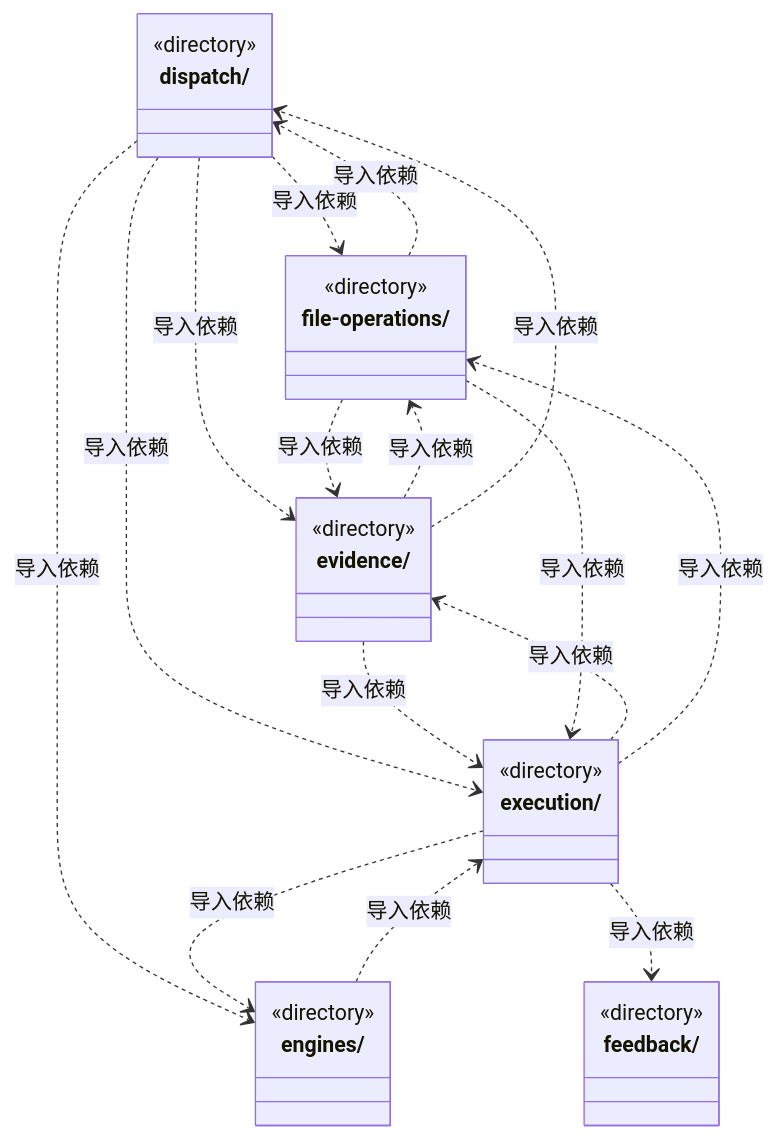
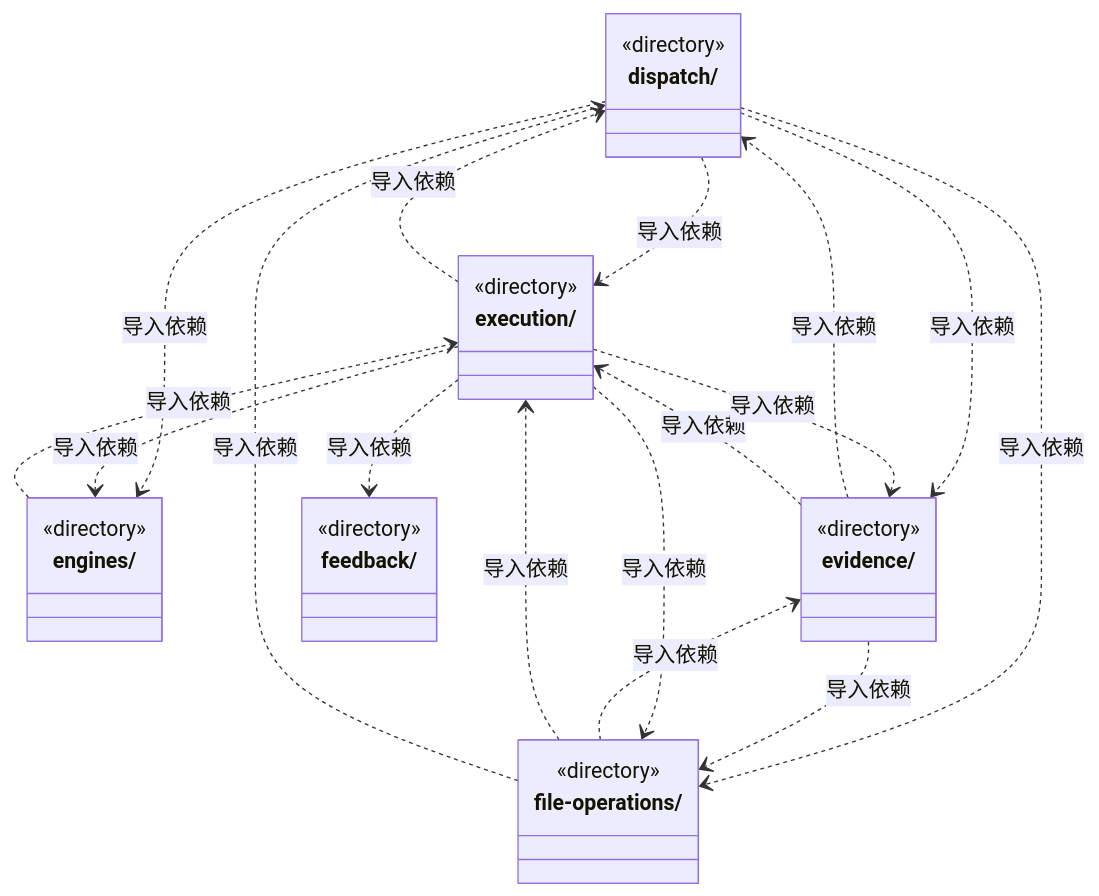
The second of 5 diagrams in src/logic/ARCHITECTURE.md (nan023062/cbim), drawn with Mermaid before and after one commit. The commit also changed other lines of this file and 42 other files, not shown here.

````diff
--- a/src/logic/ARCHITECTURE.md
+++ b/src/logic/ARCHITECTURE.md
@@ -43,36 +43,37 @@
 ```mermaid
 classDiagram
 class N_src_logic_dispatch["dispatch/"] {
   <<directory>>
 }
 class N_src_logic_engines["engines/"] {
   <<directory>>
 }
 class N_src_logic_evidence["evidence/"] {
   <<directory>>
 }
 class N_src_logic_execution["execution/"] {
   <<directory>>
 }
 class N_src_logic_feedback["feedback/"] {
   <<directory>>
 }
 class N_src_logic_file_operations["file-operations/"] {
   <<directory>>
 }
+N_src_logic_dispatch ..> N_src_logic_execution : 导入依赖
 N_src_logic_dispatch ..> N_src_logic_file_operations : 导入依赖
-N_src_logic_dispatch ..> N_src_logic_execution : 导入依赖
 N_src_logic_dispatch ..> N_src_logic_engines : 导入依赖
 N_src_logic_dispatch ..> N_src_logic_evidence : 导入依赖
 N_src_logic_engines ..> N_src_logic_execution : 导入依赖
 N_src_logic_evidence ..> N_src_logic_file_operations : 导入依赖
 N_src_logic_evidence ..> N_src_logic_dispatch : 导入依赖
 N_src_logic_evidence ..> N_src_logic_execution : 导入依赖
 N_src_logic_execution ..> N_src_logic_engines : 导入依赖
 N_src_logic_execution ..> N_src_logic_evidence : 导入依赖
 N_src_logic_execution ..> N_src_logic_file_operations : 导入依赖
 N_src_logic_execution ..> N_src_logic_feedback : 导入依赖
+N_src_logic_execution ..> N_src_logic_dispatch : 导入依赖
 N_src_logic_file_operations ..> N_src_logic_evidence : 导入依赖
 N_src_logic_file_operations ..> N_src_logic_execution : 导入依赖
 N_src_logic_file_operations ..> N_src_logic_dispatch : 导入依赖
 ```
````
